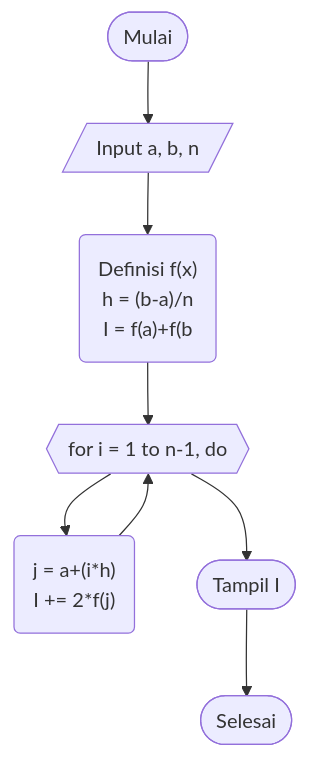
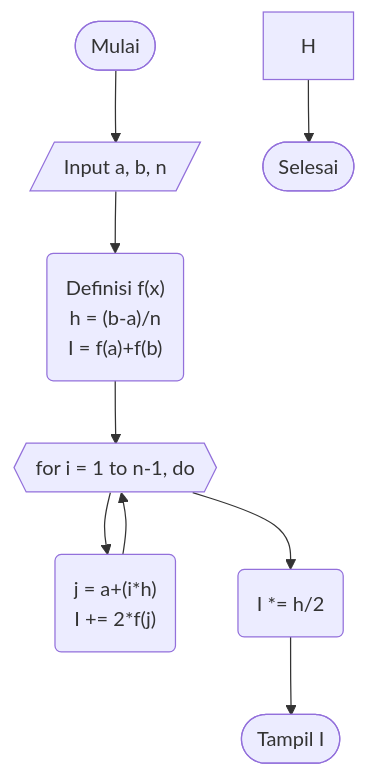
Before and after one commit to yozoracaelum/KN-M7: the first of 3 diagrams in README.md, drawn with Mermaid.

````diff
--- a/README.md
+++ b/README.md
@@ -5,10 +5,11 @@
 ```mermaid
 graph TD;
     A([Mulai])-->B[/Input a, b, n/];
-    B-->C("Definisi f(x)<br>h = (b-a)/n<br>I = f(a)+f(b");
+    B-->C("Definisi f(x)<br>h = (b-a)/n<br>I = f(a)+f(b)");
     C-->D{{for i = 1 to n-1, do}};
     D-->E("j = a+(i*h)<br>I += 2*f(j)");
     E-->D;
-    D-->F([Tampil I]);
-    F-->G([Selesai]);
+    D-->F(I *= h/2);
+    F-->G([Tampil I]);
+    H-->I([Selesai]);
 ```
````
